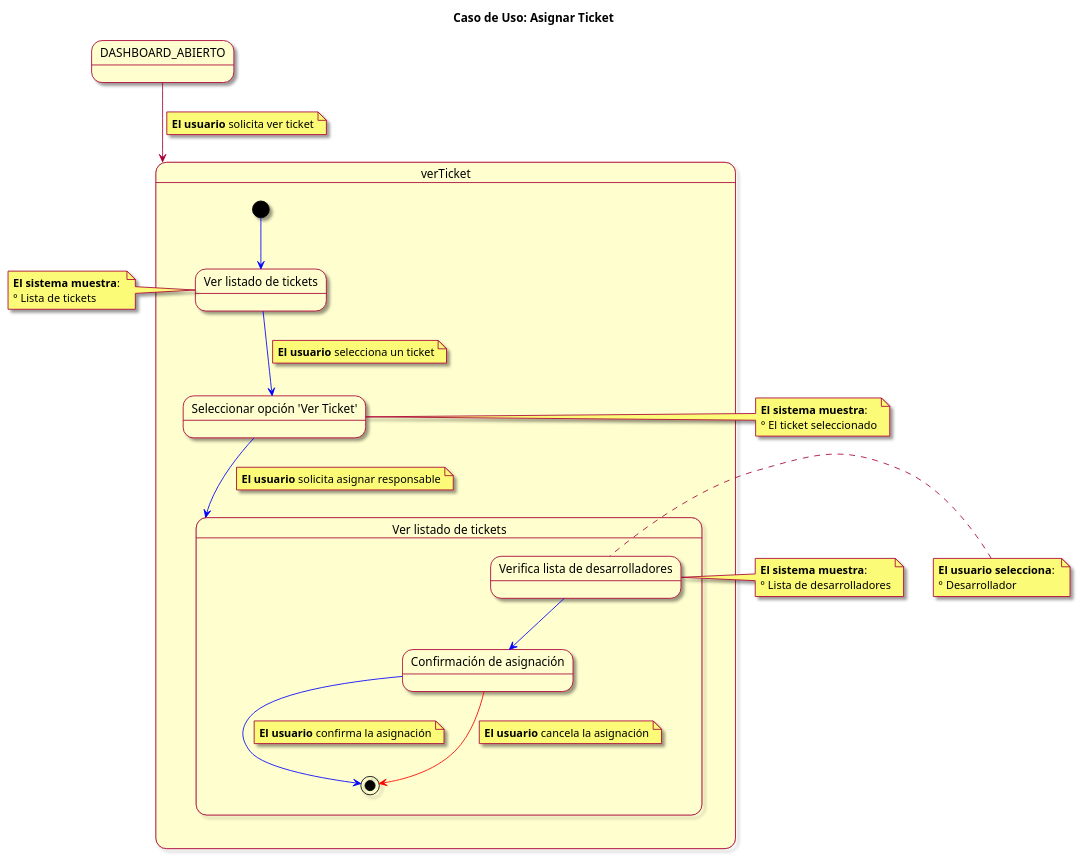
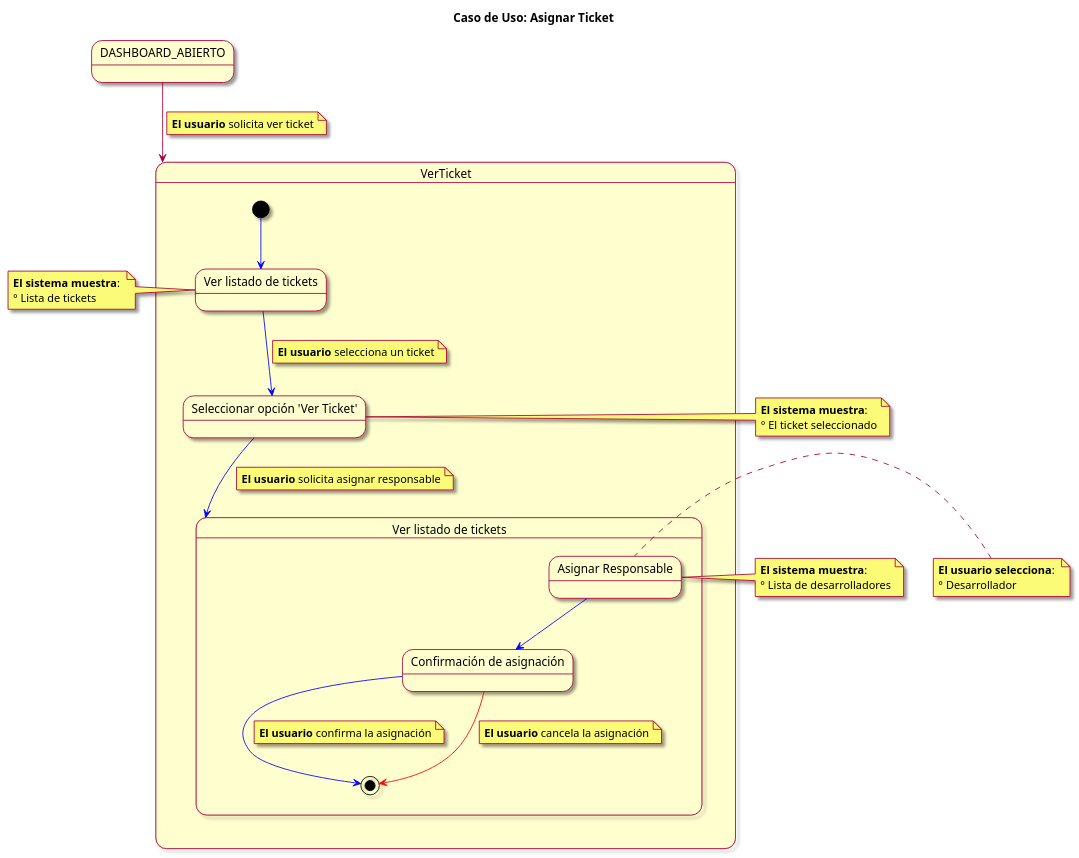
The diagram in modelosUML/CasosDeUsos/CasosDetallados/AsignarTicket.puml (mmasias/23-24-IdSw1-SDR), drawn with PlantUML before and after one commit. The commit also changed 4 other files, not shown here.

```diff
--- a/modelosUML/CasosDeUsos/CasosDetallados/AsignarTicket.puml
+++ b/modelosUML/CasosDeUsos/CasosDetallados/AsignarTicket.puml
@@ -1,50 +1,55 @@
 @startuml
 skin rose
 title Caso de Uso: Asignar Ticket
 
 state DASHBOARD_ABIERTO
 
-DASHBOARD_ABIERTO --> verTicket
+DASHBOARD_ABIERTO --> VerTicket
 note on link: **El usuario** solicita ver ticket
-state verTicket {
- [*] -[#blue]-> verlistadoTickets
- state "Ver listado de tickets" as verlistadoTickets
-verlistadoTickets -[#blue]-> seleccionarOpcionVer
-state "Ver listado de tickets" as AsignarTicket
-note on link : **El usuario** selecciona un ticket
- state "Seleccionar opción 'Ver Ticket'" as seleccionarOpcionVer
-    seleccionarOpcionVer -[#blue]-> AsignarTicket
-   note on link: **El usuario** solicita asignar responsable
-   state AsignarTicket {
-    state "Verifica lista de desarrolladores" as ingresarVerTicket
+
+state VerTicket {
+
+  [*] -[#blue]-> verlistadoTickets
+  state "Ver listado de tickets" as verlistadoTickets
+  verlistadoTickets -[#blue]-> seleccionarOpcionVer
+  state "Ver listado de tickets" as AsignarTicket
+  note on link : **El usuario** selecciona un ticket
+  state "Seleccionar opción 'Ver Ticket'" as seleccionarOpcionVer
+  seleccionarOpcionVer -[#blue]-> AsignarTicket
+  note on link: **El usuario** solicita asignar responsable
+
+  state AsignarTicket {
+
+    state "Asignar Responsable" as ingresarVerTicket
     ingresarVerTicket -[#blue]-> confirmarAsignacion
     state "Confirmación de asignación" as confirmarAsignacion
     confirmarAsignacion -[#blue]-> [*]
     note on link: **El usuario** confirma la asignación
     
     confirmarAsignacion -[#red]-> [*]
     note on link: **El usuario** cancela la asignación
     
   }
 }
+
 note left of verlistadoTickets
   **El sistema muestra**: 
   ° Lista de tickets
 end note
 
 note left of seleccionarOpcionVer
   **El sistema muestra**: 
   ° El ticket seleccionado
 end note
 
 note left of ingresarVerTicket
   **El sistema muestra**: 
   ° Lista de desarrolladores
 end note
 
 note left of ingresarVerTicket
   **El usuario selecciona**: 
   ° Desarrollador 
 end note
 
 @enduml
```
